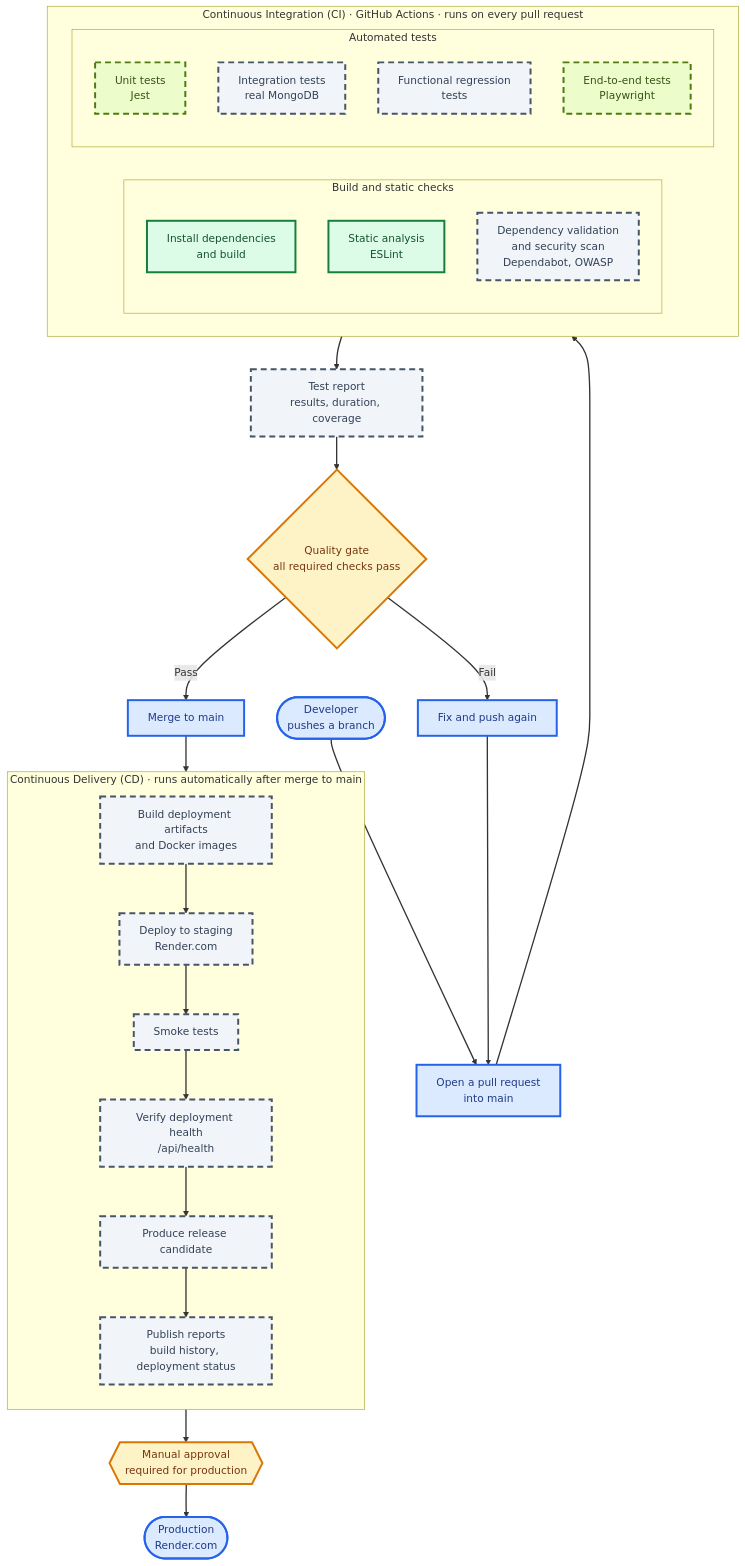
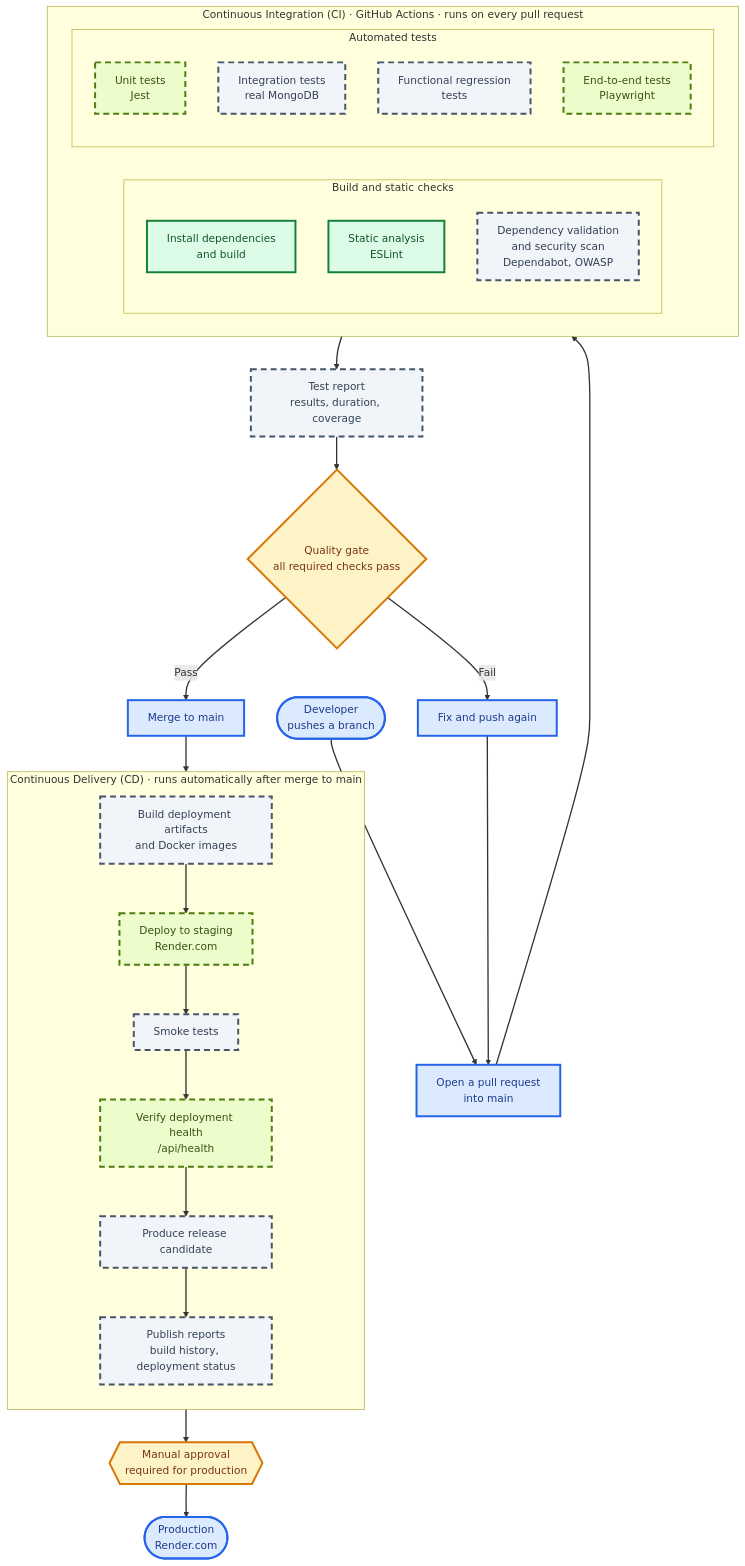
One commit to IT7993-FALL-2026-PEERS/ProjectPeerEvaluation changed the first of 4 diagrams in README.md. Above: the diagram before and after it, drawn with Mermaid.

Commit message:
Show staging deploy and health check as partly running in the diagram
Matches the status table, which now marks both as partly live.

````diff
--- a/README.md
+++ b/README.md
@@ -58,56 +58,56 @@
 ```mermaid
 flowchart TB
     DEV(["Developer<br/>pushes a branch"]) --> PR["Open a pull request<br/>into main"]
 
     subgraph CI["Continuous Integration (CI) · GitHub Actions · runs on every pull request"]
         direction LR
         subgraph STATIC["Build and static checks"]
             direction TB
             BUILD_APP["Install dependencies<br/>and build"]
             LINT["Static analysis<br/>ESLint"]
             SEC["Dependency validation<br/>and security scan<br/>Dependabot, OWASP"]
         end
         subgraph TESTS["Automated tests"]
             direction TB
             UNIT["Unit tests<br/>Jest"]
             INTEG["Integration tests<br/>real MongoDB"]
             REG["Functional regression<br/>tests"]
             E2E["End-to-end tests<br/>Playwright"]
         end
     end
 
     PR --> CI
     CI --> REPORT["Test report<br/>results, duration, coverage"]
     REPORT --> GATE{"Quality gate<br/>all required checks pass"}
     GATE -- "Fail" --> FIX["Fix and push again"]
     FIX --> PR
     GATE -- "Pass" --> MERGE["Merge to main"]
 
     subgraph CD["Continuous Delivery (CD) · runs automatically after merge to main"]
         direction TB
         ARTIFACTS["Build deployment artifacts<br/>and Docker images"]
         STG["Deploy to staging<br/>Render.com"]
         SMOKE["Smoke tests"]
         HEALTH["Verify deployment health<br/>/api/health"]
         RC["Produce release candidate"]
         DREPORT["Publish reports<br/>build history, deployment status"]
         ARTIFACTS --> STG --> SMOKE --> HEALTH --> RC --> DREPORT
     end
 
     MERGE --> ARTIFACTS
     DREPORT --> APPROVE{{"Manual approval<br/>required for production"}}
     APPROVE --> PROD(["Production<br/>Render.com"])
 
     classDef done fill:#dcfce7,stroke:#15803d,color:#14532d,stroke-width:3px
     classDef partial fill:#ecfccb,stroke:#4d7c0f,color:#365314,stroke-width:3px,stroke-dasharray: 9 6
     classDef planned fill:#f1f5f9,stroke:#475569,color:#334155,stroke-width:3px,stroke-dasharray: 9 6
     classDef gate fill:#fef3c7,stroke:#d97706,color:#78350f,stroke-width:3px
     classDef endpoint fill:#dbeafe,stroke:#2563eb,color:#1e3a8a,stroke-width:3px
     linkStyle default stroke-width:2px
 
     class BUILD_APP,LINT done
-    class UNIT,E2E partial
-    class SEC,INTEG,REG,REPORT,ARTIFACTS,STG,SMOKE,HEALTH,RC,DREPORT planned
+    class UNIT,E2E,STG,HEALTH partial
+    class SEC,INTEG,REG,REPORT,ARTIFACTS,SMOKE,RC,DREPORT planned
     class GATE,APPROVE gate
     class DEV,PROD,PR,MERGE,FIX endpoint
 ```
````
